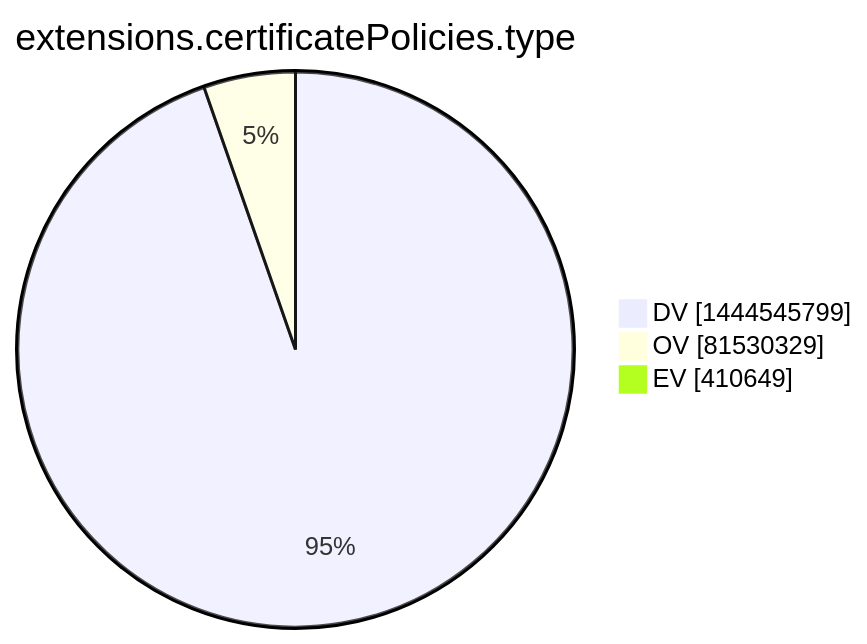
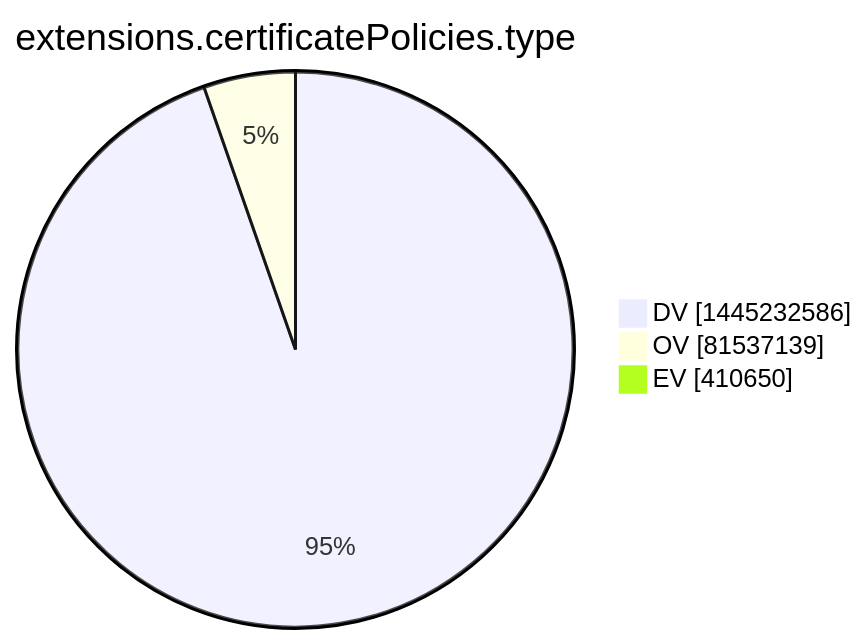
Before and after one commit to christiankrug/ctmonitor_visualization: the tenth of 15 diagrams in xenon2022/README.md, drawn with Mermaid. The commit also changed other lines of this file, not shown here.

````diff
--- a/xenon2022/README.md
+++ b/xenon2022/README.md
@@ -2868,7 +2868,7 @@
 ```mermaid
 pie showData
 title extensions.certificatePolicies.type
-"DV" :1444545799
-"OV" :81530329
-"EV" :410649
+"DV" :1445232586
+"OV" :81537139
+"EV" :410650
 ```
````
